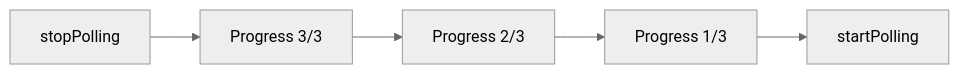
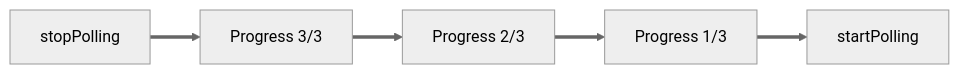
Before and after one commit to hschneider/neutralino-ext-rust: the diagram in README.md, drawn with Mermaid (neutral theme).

````diff
--- a/README.md
+++ b/README.md
@@ -164,9 +164,8 @@
 ```mermaid
-
 graph LR;
-  id[stopPolling]-->id2[Progress 3/3];
-  id2[Progress 3/3]-->id3[Progress 2/3];
-  id3[Progress 2/3]-->id4[Progress 1/3];
-  id4[Progress 1/3]-->id5[startPolling];
-  
+  id[stopPolling]==>id2[Progress 3/3];
+  id2[Progress 3/3]==>id3[Progress 2/3];
+  id3[Progress 2/3]==>id4[Progress 1/3];
+  id4[Progress 1/3]==>id5[startPolling];
+ 
 ```
````
